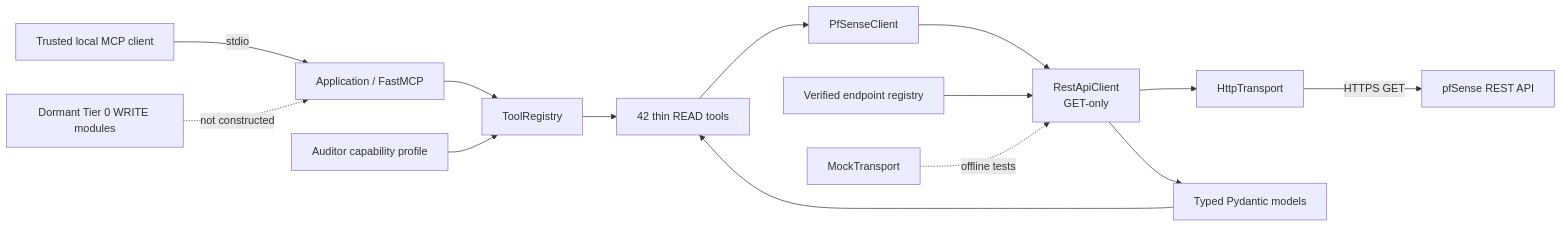
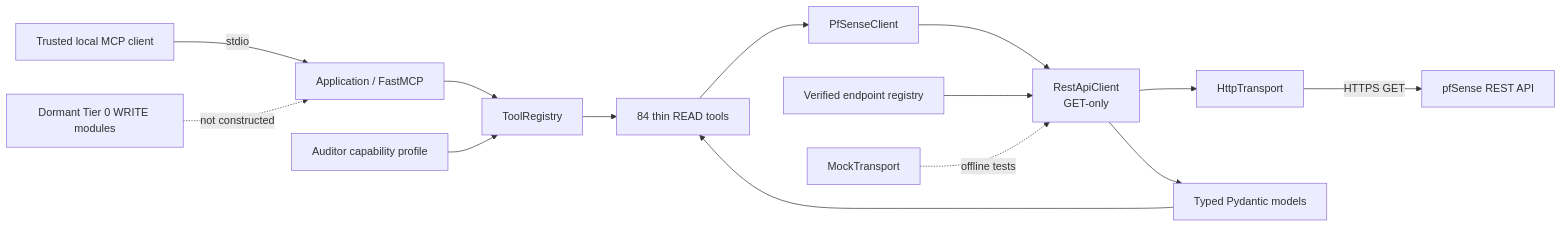
Before and after one commit to night4me/pfsense-mcp-server: the first of 8 diagrams in docs/ARCHITECTURE_DIAGRAMS.md, drawn with Mermaid. The commit also changed other lines of this file and 25 other files, not shown here.

````diff
--- a/docs/ARCHITECTURE_DIAGRAMS.md
+++ b/docs/ARCHITECTURE_DIAGRAMS.md
@@ -10,18 +10,18 @@
 ```mermaid
 flowchart LR
     Caller[Trusted local MCP client] -->|stdio| App[Application / FastMCP]
     App --> Registry[ToolRegistry]
-    Registry --> Tools[42 thin READ tools]
+    Registry --> Tools[84 thin READ tools]
     Tools --> Domain[PfSenseClient]
     Domain --> Rest[RestApiClient\nGET-only]
     Rest --> Transport[HttpTransport]
     Transport -->|HTTPS GET| PfSense[pfSense REST API]
     Rest --> Models[Typed Pydantic models]
     Models --> Tools
 
     Profile[Auditor capability profile] --> Registry
     Endpoints[Verified endpoint registry] --> Rest
     Mock[MockTransport] -. offline tests .-> Rest
 
     Tier0[Dormant Tier 0 WRITE modules] -. not constructed .-> App
 ```
````
